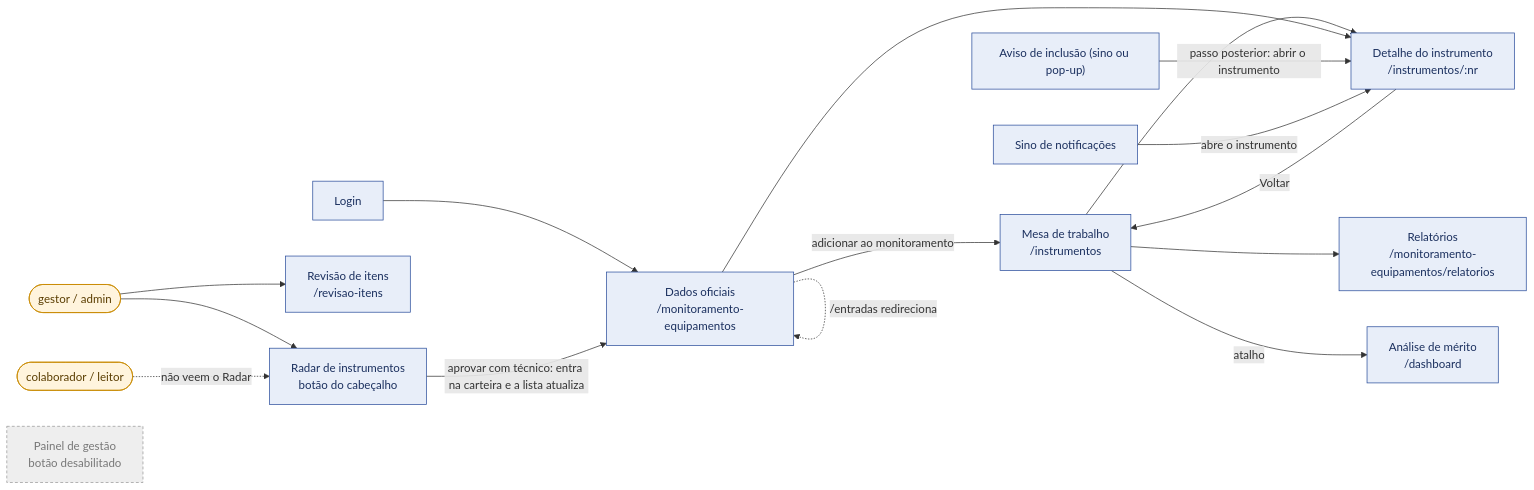
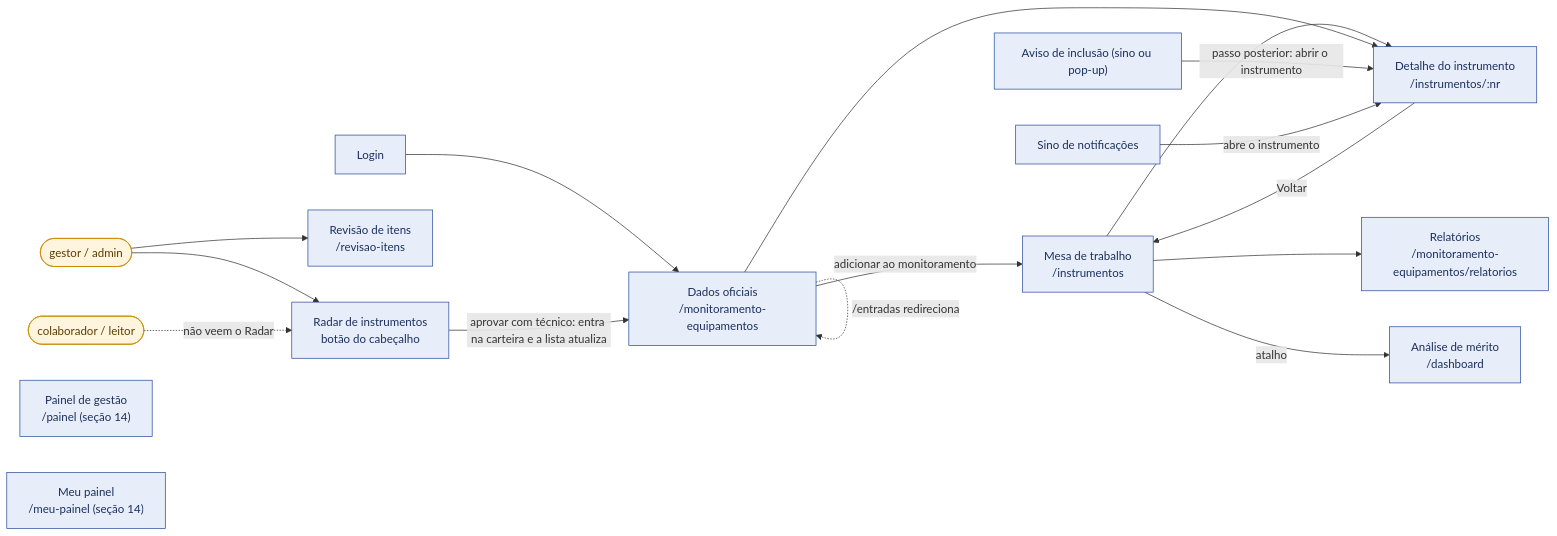
The first of 14 diagrams in docs/mermaid/monitoramento-interno.md (devs-ministerio/par_equipamentos), drawn with Mermaid before and after one commit. The commit also changed other lines of this file and 1 other file, not shown here.

Commit message:
docs(mermaid): mapa do Painel de gestão e Meu painel (revisão 6)

````diff
--- a/docs/mermaid/monitoramento-interno.md
+++ b/docs/mermaid/monitoramento-interno.md
@@ -15,22 +17,23 @@
 ```mermaid
 flowchart LR
     classDef tela fill:#E8EEF9,stroke:#2A4D9B,color:#1a2f5e
     classDef off fill:#eee,stroke:#999,color:#777,stroke-dasharray:4 3
     classDef perfil fill:#FFF4DD,stroke:#C98A00,color:#5a3d00
 
     LOGIN["Login"]:::tela --> DADOS["Dados oficiais<br/>/monitoramento-equipamentos"]:::tela
     DADOS -->|"adicionar ao monitoramento"| MESA
     DADOS -. "/entradas redireciona" .-> DADOS
     MESA["Mesa de trabalho<br/>/instrumentos"]:::tela --> DET["Detalhe do instrumento<br/>/instrumentos/:nr"]:::tela
     DADOS --> DET
     MESA --> REL["Relatórios<br/>/monitoramento-equipamentos/relatorios"]:::tela
     MESA -->|"atalho"| MERITO["Análise de mérito<br/>/dashboard"]:::tela
     GEST(["gestor / admin"]):::perfil --> REV["Revisão de itens<br/>/revisao-itens"]:::tela
     GEST --> RADAR["Radar de instrumentos<br/>botão do cabeçalho"]:::tela
     OUTROS(["colaborador / leitor"]):::perfil -. "não veem o Radar" .-> RADAR
     RADAR -->|"aprovar com técnico: entra na carteira e a lista atualiza"| DADOS
     AVISO["Aviso de inclusão (sino ou pop-up)"]:::tela -->|"passo posterior: abrir o instrumento"| DET
-    PAINEL["Painel de gestão<br/>botão desabilitado"]:::off
+    PAINEL["Painel de gestão<br/>/painel (seção 14)"]:::tela
+    MEU["Meu painel<br/>/meu-painel (seção 14)"]:::tela
     SINO["Sino de notificações"]:::tela -->|"abre o instrumento"| DET
     DET -->|"Voltar"| MESA
 ```
````
